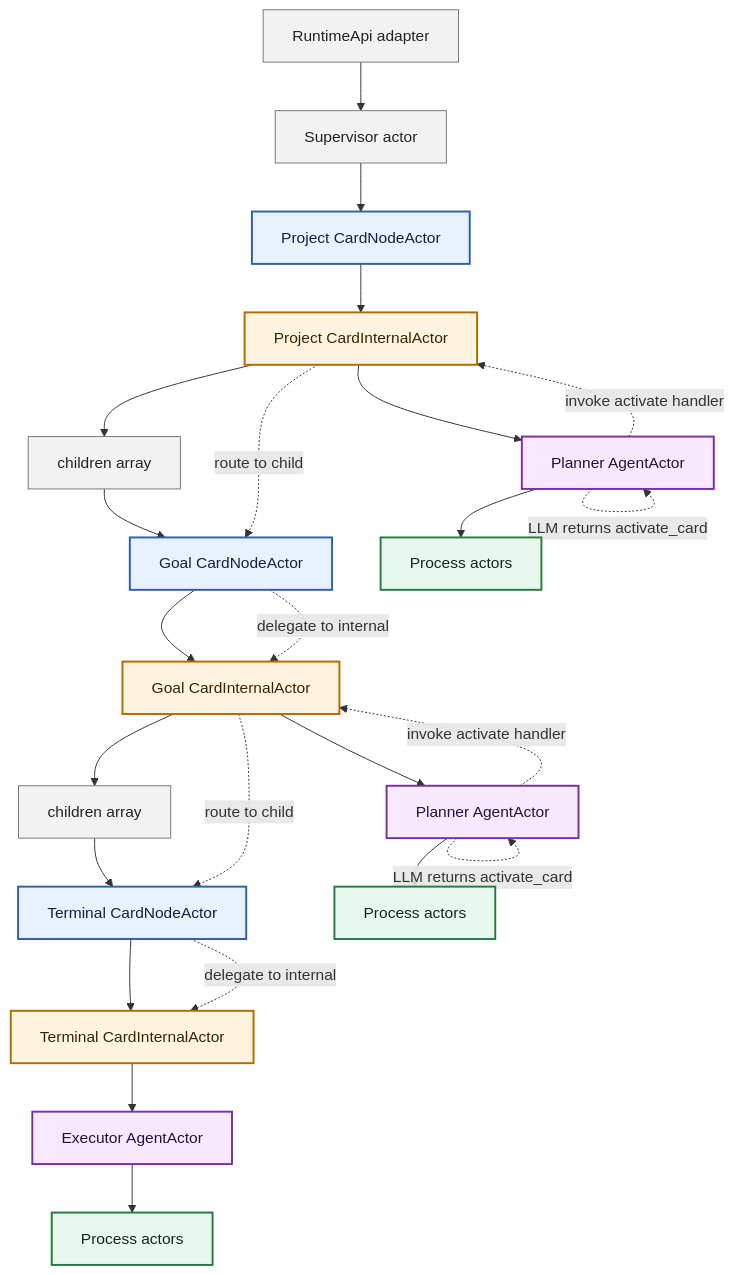
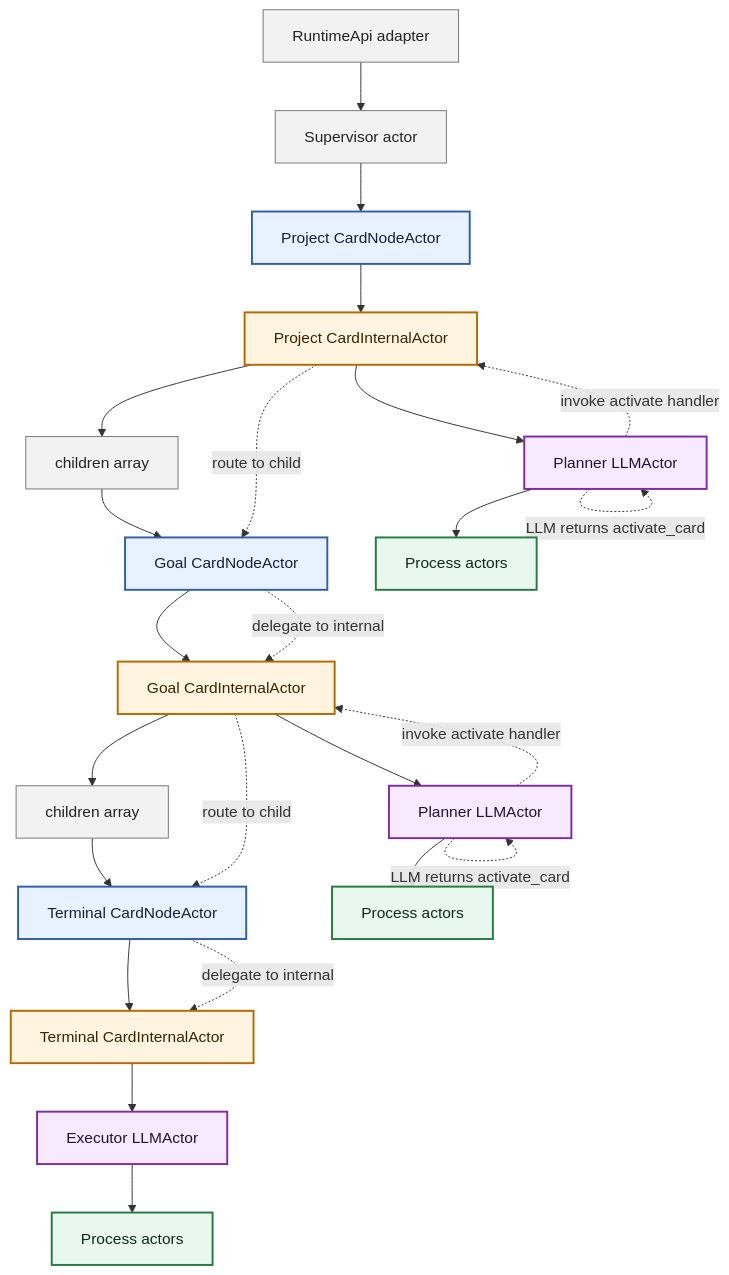
The first of 2 diagrams in docs/architecture/xstate-runtime-core.md (salva/saivage-v3), drawn with Mermaid before and after one commit. The commit also changed other lines of this file and 1 other file, not shown here.

Commit message:
docs: rename agent actors to LLM actors

````diff
--- a/docs/architecture/xstate-runtime-core.md
+++ b/docs/architecture/xstate-runtime-core.md
@@ -64,44 +64,44 @@
 ```mermaid
 graph TD
   api[RuntimeApi adapter] --> supervisor[Supervisor actor]
   supervisor --> projectNode
 
   projectNode[Project CardNodeActor] --> projectInternal[Project CardInternalActor]
   projectInternal --> projectChildren[children array]
   projectChildren --> goalNode[Goal CardNodeActor]
 
   goalNode --> goalInternal[Goal CardInternalActor]
   goalInternal --> goalChildren[children array]
   goalChildren --> terminalNode[Terminal CardNodeActor]
 
   terminalNode --> terminalInternal[Terminal CardInternalActor]
 
-  projectInternal --> projectAgent[Planner AgentActor]
-  goalInternal --> goalAgent[Planner AgentActor]
-  terminalInternal --> terminalAgent[Executor AgentActor]
+  projectInternal --> projectLlm[Planner LLMActor]
+  goalInternal --> goalLlm[Planner LLMActor]
+  terminalInternal --> terminalLlm[Executor LLMActor]
 
-  projectAgent --> projectProcess[Process actors]
-  goalAgent --> goalProcess[Process actors]
-  terminalAgent --> terminalProcess[Process actors]
+  projectLlm --> projectProcess[Process actors]
+  goalLlm --> goalProcess[Process actors]
+  terminalLlm --> terminalProcess[Process actors]
 
-  projectAgent -. LLM returns activate_card .-> projectAgent
-  projectAgent -. invoke activate handler .-> projectInternal
+  projectLlm -. LLM returns activate_card .-> projectLlm
+  projectLlm -. invoke activate handler .-> projectInternal
   projectInternal -. route to child .-> goalNode
   goalNode -. delegate to internal .-> goalInternal
-  goalAgent -. LLM returns activate_card .-> goalAgent
-  goalAgent -. invoke activate handler .-> goalInternal
+  goalLlm -. LLM returns activate_card .-> goalLlm
+  goalLlm -. invoke activate handler .-> goalInternal
   goalInternal -. route to child .-> terminalNode
   terminalNode -. delegate to internal .-> terminalInternal
 
   classDef nodeActor fill:#e8f1ff,stroke:#2f5fa8,stroke-width:2px,color:#14213d
   classDef internalActor fill:#fff4df,stroke:#b36b00,stroke-width:2px,color:#3a2300
-  classDef agentActor fill:#f7e9ff,stroke:#7a2fa8,stroke-width:2px,color:#24113a
+  classDef llmActor fill:#f7e9ff,stroke:#7a2fa8,stroke-width:2px,color:#24113a
   classDef resourceActor fill:#e9f8ef,stroke:#287a42,stroke-width:2px,color:#0f2a18
   classDef support fill:#f2f2f2,stroke:#777,stroke-width:1px,color:#222
 
   class projectNode,goalNode,terminalNode nodeActor
   class projectInternal,goalInternal,terminalInternal internalActor
-  class projectAgent,goalAgent,terminalAgent agentActor
+  class projectLlm,goalLlm,terminalLlm llmActor
   class projectProcess,goalProcess,terminalProcess resourceActor
   class api,supervisor,projectChildren,goalChildren support
 ```
````
